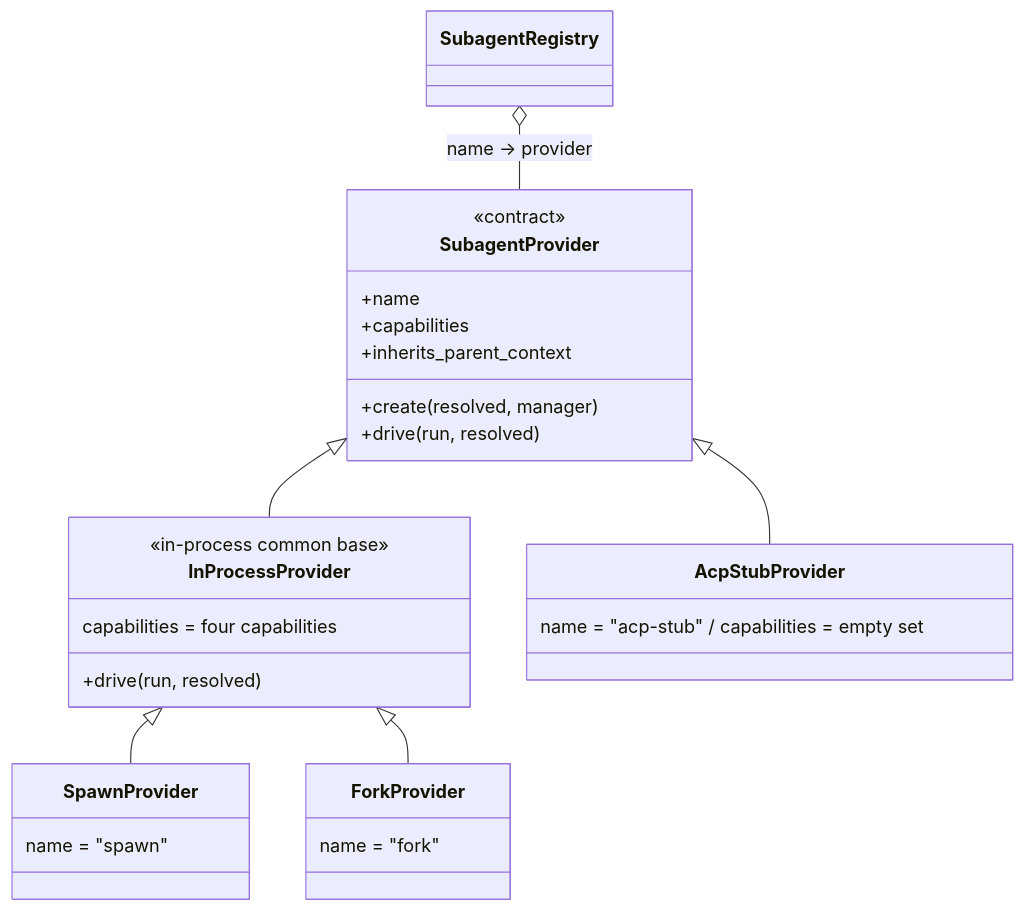
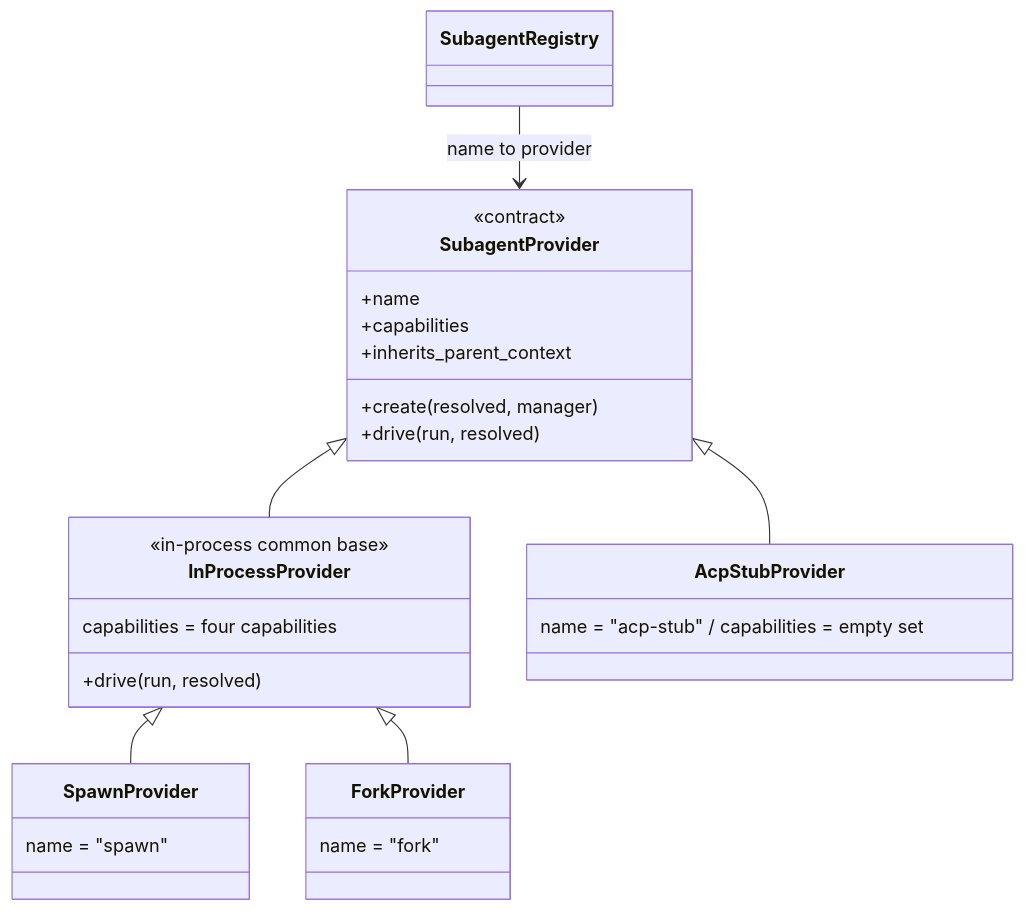
One commit to ChenYu1991ppak/deepseek-harness-anatomy changed the first of 2 diagrams in ch11/ch11-subagent_en.md. Above: the diagram before and after it, drawn with Mermaid. The commit also changed other lines of this file and 124 other files, not shown here.

````diff
--- a/ch11/ch11-subagent_en.md
+++ b/ch11/ch11-subagent_en.md
@@ -127,24 +129,24 @@
 ```mermaid
 classDiagram
     class SubagentProvider {
         <<contract>>
         +name
         +capabilities
         +inherits_parent_context
         +create(resolved, manager)
         +drive(run, resolved)
     }
     class InProcessProvider {
         <<in-process common base>>
         capabilities = four capabilities
         +drive(run, resolved)
     }
     class SpawnProvider { name = "spawn" }
     class ForkProvider { name = "fork" }
     class AcpStubProvider { name = "acp-stub" / capabilities = empty set }
     SubagentProvider <|-- InProcessProvider
     InProcessProvider <|-- SpawnProvider
     InProcessProvider <|-- ForkProvider
     SubagentProvider <|-- AcpStubProvider
-    SubagentRegistry o-- SubagentProvider : name → provider
+    SubagentRegistry --> SubagentProvider : name to provider
 ```
````
